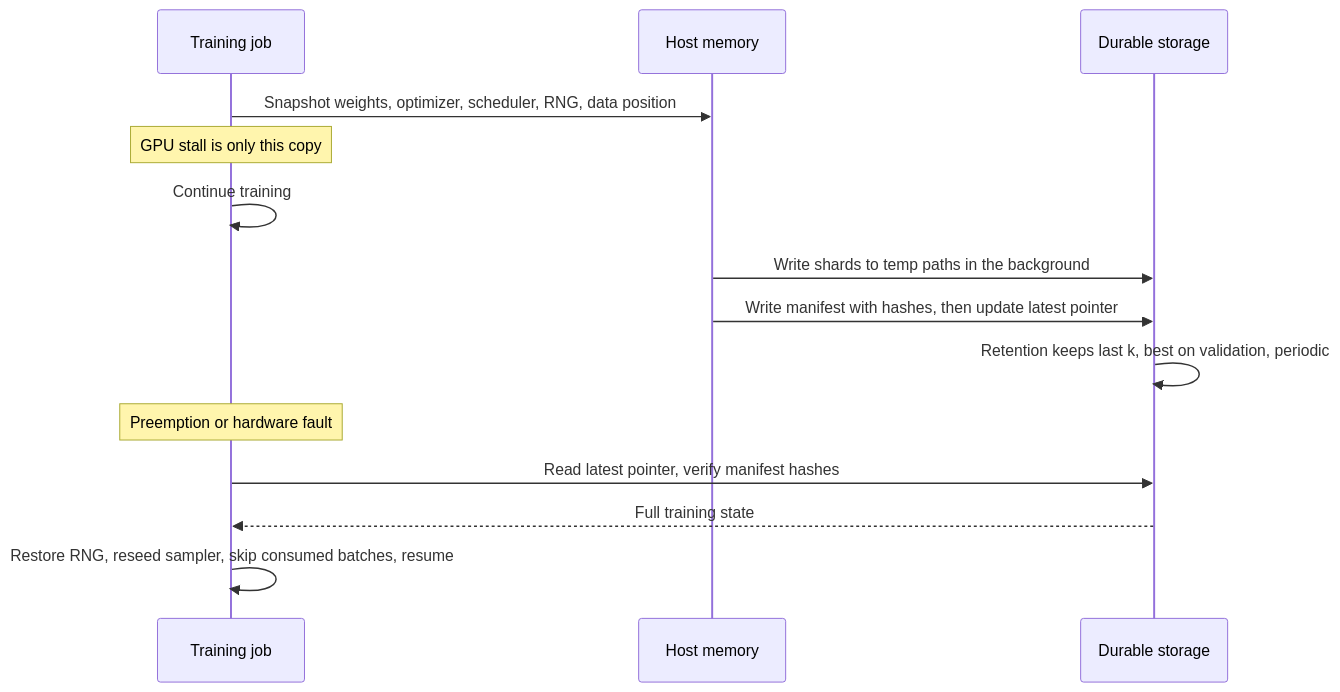
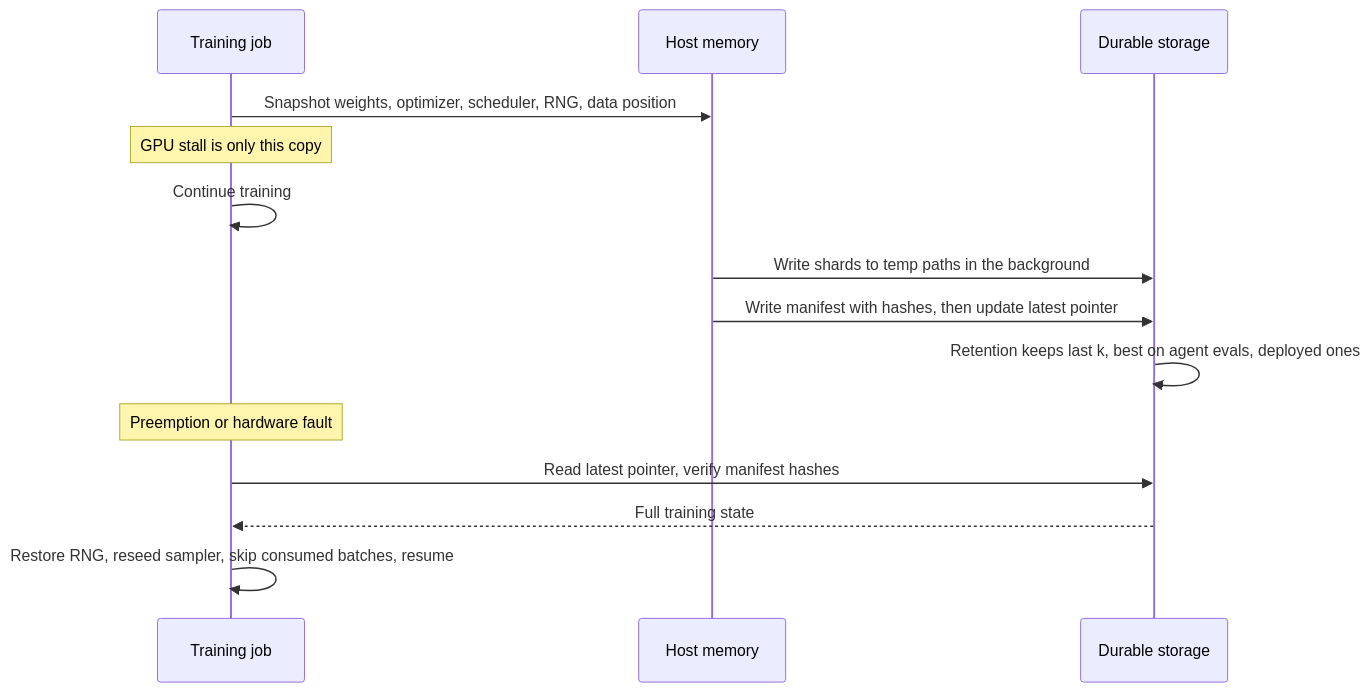
Before and after one commit to lovishmahajan97/agentic-learning: the diagram in content/training-adaptation/checkpointing.md, drawn with Mermaid. The commit also changed other lines of this file and 266 other files, not shown here.

````diff
--- a/content/training-adaptation/checkpointing.md
+++ b/content/training-adaptation/checkpointing.md
@@ -128,16 +155,16 @@
 ```mermaid
 sequenceDiagram
     participant T as Training job
     participant H as Host memory
     participant S as Durable storage
     T->>H: Snapshot weights, optimizer, scheduler, RNG, data position
     Note over T: GPU stall is only this copy
     T->>T: Continue training
     H->>S: Write shards to temp paths in the background
     H->>S: Write manifest with hashes, then update latest pointer
-    S->>S: Retention keeps last k, best on validation, periodic
+    S->>S: Retention keeps last k, best on agent evals, deployed ones
     Note over T: Preemption or hardware fault
     T->>S: Read latest pointer, verify manifest hashes
     S-->>T: Full training state
     T->>T: Restore RNG, reseed sampler, skip consumed batches, resume
 ```
````
